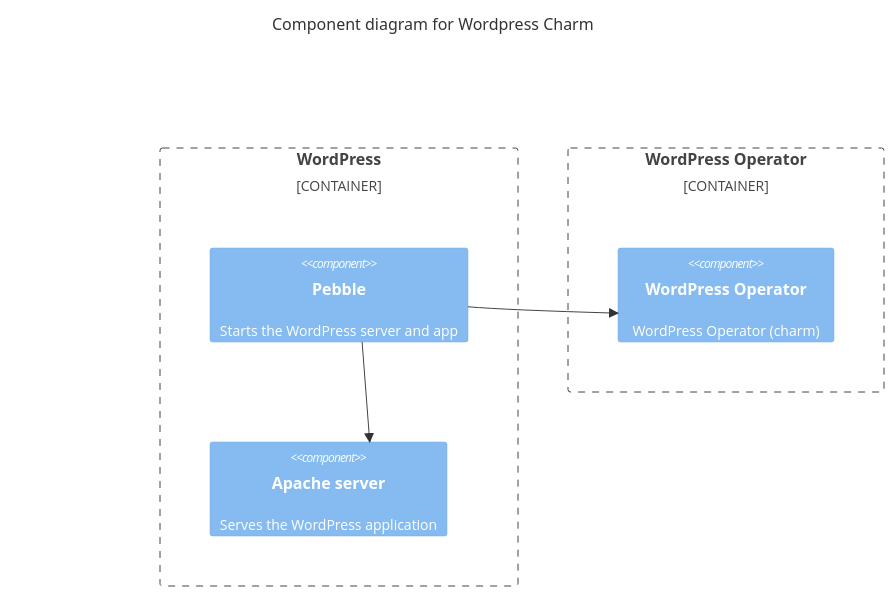
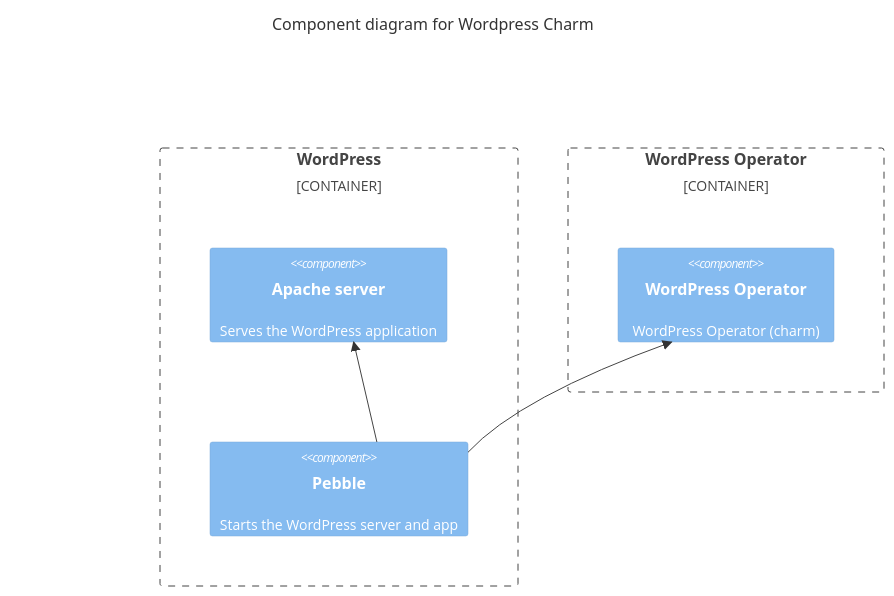
One commit to canonical/wordpress-k8s-operator changed the diagram in docs/explanation/charm-architecture.md. Above: the diagram before and after it, drawn with Mermaid. The commit also changed other lines of this file, not shown here.

````diff
--- a/docs/explanation/charm-architecture.md
+++ b/docs/explanation/charm-architecture.md
@@ -16,17 +16,17 @@
 ```mermaid
 C4Context
 title Component diagram for Wordpress Charm
 
 Container_Boundary(wordpress, "WordPress") {
+  Component(apache-server, "Apache server", "", "Serves the WordPress application")
   Component(pebble, "Pebble", "", "Starts the WordPress server and app")
-  Component(apache-server, "Apache server", "", "Serves the WordPress application")
 
   Rel(pebble, apache-server, "")
 }
 
 Container_Boundary(charm, "WordPress Operator") {
   Component(charm, "WordPress Operator", "", "WordPress Operator (charm)")
   
   Rel(pebble, charm, "")
 }
 ```
````
